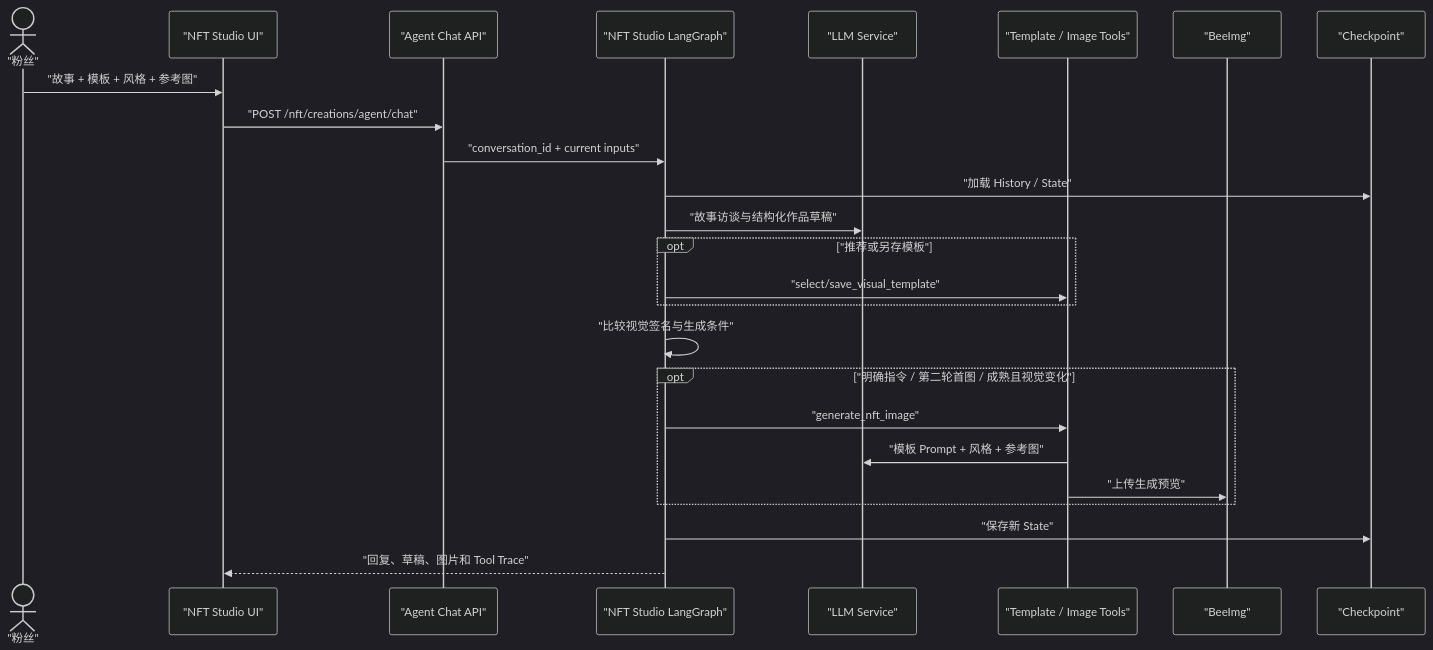
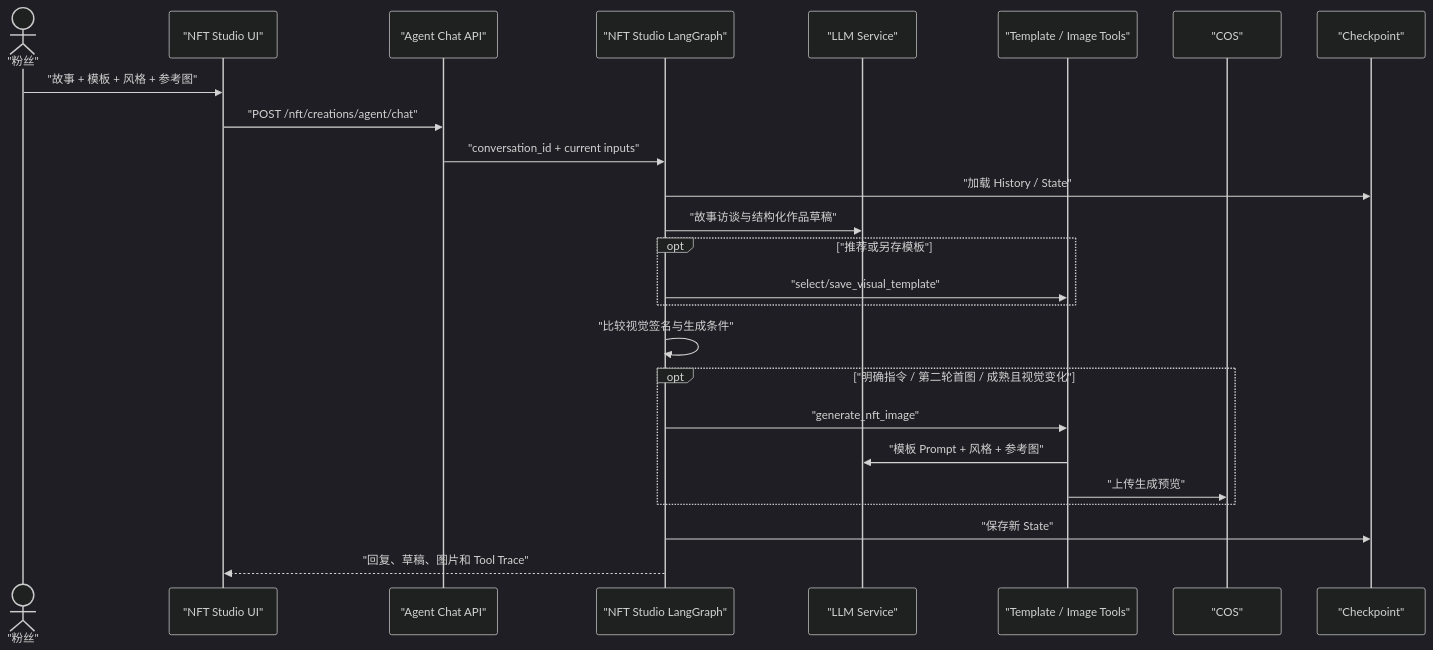
The sixth of 9 diagrams in docs/produce/ARCHITECTURE.md (ouminghai/Fanora), drawn with Mermaid (dark theme) before and after one commit. The commit also changed other lines of this file and 78 other files, not shown here.

````diff
--- a/docs/produce/ARCHITECTURE.md
+++ b/docs/produce/ARCHITECTURE.md
@@ -191,28 +191,28 @@
 ```mermaid
 sequenceDiagram
     actor Fan as "粉丝"
     participant Web as "NFT Studio UI"
     participant Route as "Agent Chat API"
     participant Graph as "NFT Studio LangGraph"
     participant LLM as "LLM Service"
     participant Tool as "Template / Image Tools"
-    participant Bee as "BeeImg"
+    participant Bee as "COS"
     participant CP as "Checkpoint"
 
     Fan->>Web: "故事 + 模板 + 风格 + 参考图"
     Web->>Route: "POST /nft/creations/agent/chat"
     Route->>Graph: "conversation_id + current inputs"
     Graph->>CP: "加载 History / State"
     Graph->>LLM: "故事访谈与结构化作品草稿"
     opt "推荐或另存模板"
         Graph->>Tool: "select/save_visual_template"
     end
     Graph->>Graph: "比较视觉签名与生成条件"
     opt "明确指令 / 第二轮首图 / 成熟且视觉变化"
         Graph->>Tool: "generate_nft_image"
         Tool->>LLM: "模板 Prompt + 风格 + 参考图"
         Tool->>Bee: "上传生成预览"
     end
     Graph->>CP: "保存新 State"
     Graph-->>Web: "回复、草稿、图片和 Tool Trace"
 ```
````
